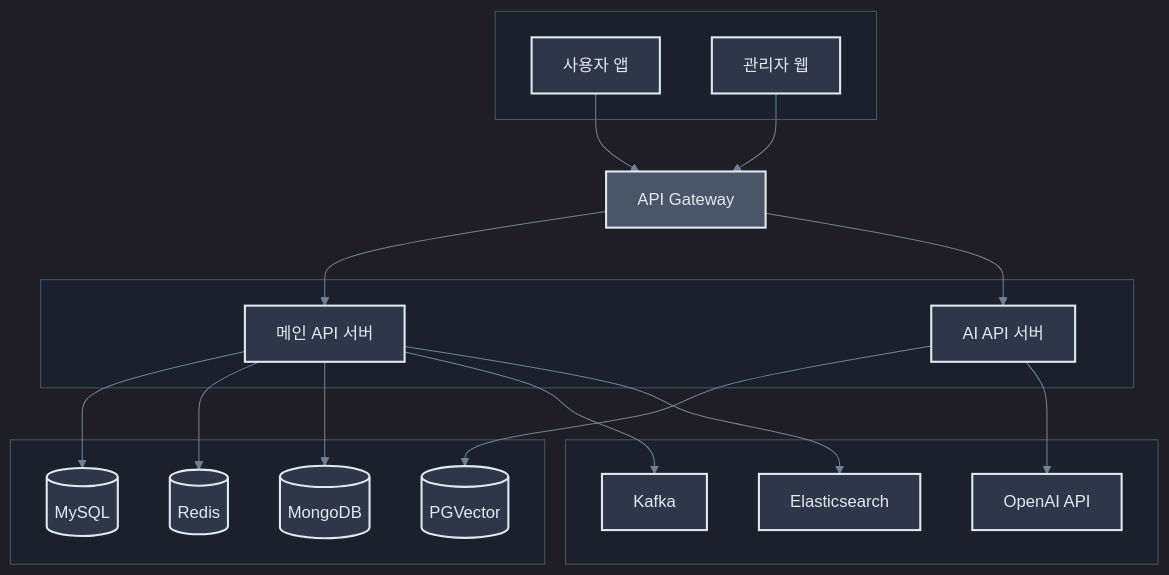
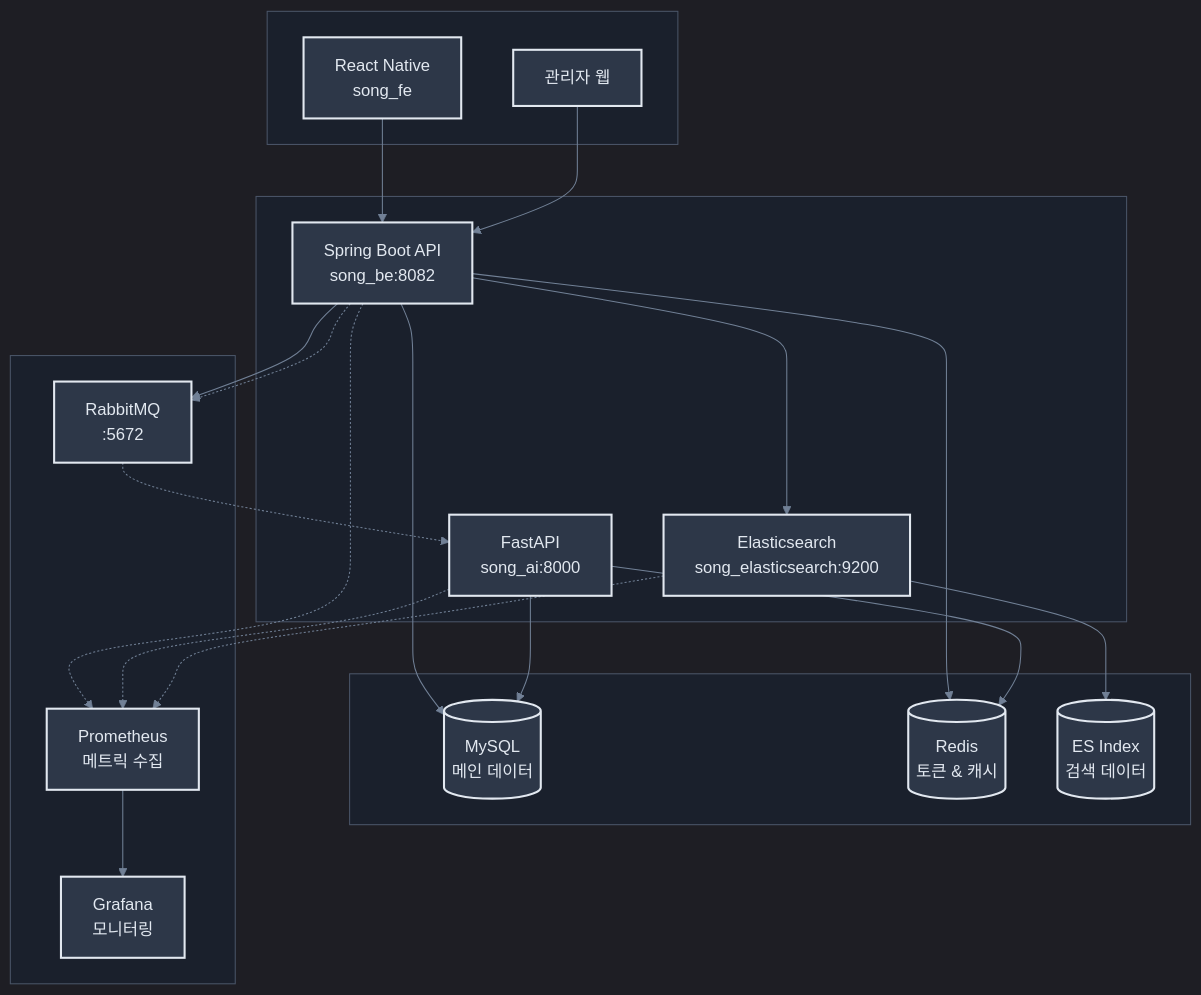
The first of 3 diagrams in README.md (Zara8170/songs_be), drawn with Mermaid before and after one commit.

Commit message:
서비스 간 통신 구조 수정

````diff
--- a/README.md
+++ b/README.md
@@ -100,62 +100,64 @@
 ```mermaid
 %%{init: {'theme':'dark', 'themeVariables': { 'primaryColor': '#2D3748', 'primaryTextColor': '#E2E8F0', 'primaryBorderColor': '#4A5568', 'lineColor': '#718096', 'sectionBkgColor': '#1A202C', 'altSectionBkgColor': '#2D3748', 'gridColor': '#4A5568', 'tertiaryColor': '#2D3748'}}}%%
 graph TB
     subgraph clients [" "]
-        UserApp["사용자 앱"]
+        ReactNative["React Native<br/>song_fe"]
         AdminWeb["관리자 웹"]
     end
 
-    Gateway["API Gateway"]
-
     subgraph services [" "]
-        MainAPI["메인 API 서버"]
-        AIAPI["AI API 서버"]
+        SpringBoot["Spring Boot API<br/>song_be:8082"]
+        FastAPI["FastAPI<br/>song_ai:8000"]
+        ElasticService["Elasticsearch<br/>song_elasticsearch:9200"]
     end
 
     subgraph databases [" "]
-        MySQL[("MySQL")]
-        Redis[("Redis")]
-        MongoDB[("MongoDB")]
-        PGVector[("PGVector")]
+        MySQL[("MySQL<br/>메인 데이터")]
+        Redis[("Redis<br/>토큰 & 캐시")]
+        ESIndex[("ES Index<br/>검색 데이터")]
     end
 
     subgraph middleware [" "]
-        Kafka["Kafka"]
-        Elasticsearch["Elasticsearch"]
-        OpenAI["OpenAI API"]
+        RabbitMQ["RabbitMQ<br/>:5672"]
+        Prometheus["Prometheus<br/>메트릭 수집"]
+        Grafana["Grafana<br/>모니터링"]
     end
 
     %% Client connections
-    UserApp --> Gateway
-    AdminWeb --> Gateway
+    ReactNative --> SpringBoot
+    AdminWeb --> SpringBoot
 
-    %% Gateway to services
-    Gateway --> MainAPI
-    Gateway --> AIAPI
+    %% Main service connections
+    SpringBoot --> MySQL
+    SpringBoot --> Redis
+    SpringBoot --> ElasticService
+    SpringBoot --> RabbitMQ
 
-    %% Main API connections
-    MainAPI --> MySQL
-    MainAPI --> Redis
-    MainAPI --> MongoDB
-    MainAPI --> Kafka
-    MainAPI --> Elasticsearch
+    %% Search service
+    ElasticService --> ESIndex
 
-    %% AI API connections
-    AIAPI --> PGVector
-    AIAPI --> OpenAI
+    %% AI service connections
+    SpringBoot -.-> RabbitMQ
+    RabbitMQ -.-> FastAPI
+    FastAPI --> MySQL
+    FastAPI --> Redis
+
+    %% Monitoring connections
+    SpringBoot -.-> Prometheus
+    FastAPI -.-> Prometheus
+    ElasticService -.-> Prometheus
+    Prometheus --> Grafana
 
     %% Styling
     classDef client fill:#2D3748,stroke:#E2E8F0,stroke-width:2px,color:#E2E8F0
-    classDef gateway fill:#4A5568,stroke:#E2E8F0,stroke-width:2px,color:#E2E8F0
     classDef service fill:#2D3748,stroke:#E2E8F0,stroke-width:2px,color:#E2E8F0
     classDef database fill:#2D3748,stroke:#E2E8F0,stroke-width:2px,color:#E2E8F0
     classDef middle fill:#2D3748,stroke:#E2E8F0,stroke-width:2px,color:#E2E8F0
     classDef subgraphStyle fill:#1A202C,stroke:#4A5568,stroke-width:1px
 
-    class UserApp,AdminWeb client
-    class Gateway gateway
-    class MainAPI,AIAPI service
-    class MySQL,Redis,MongoDB,PGVector database
-    class Kafka,Elasticsearch,OpenAI middle
+    class ReactNative,AdminWeb client
+    class SpringBoot,FastAPI,ElasticService service
+    class MySQL,Redis,ESIndex database
+    class RabbitMQ,Prometheus,Grafana middle
     class clients,services,databases,middleware subgraphStyle
 ```
````
